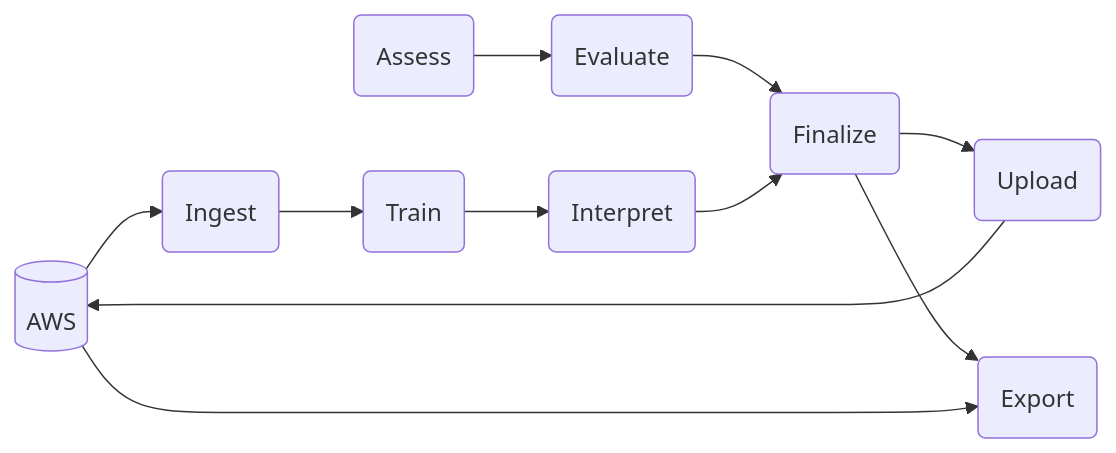
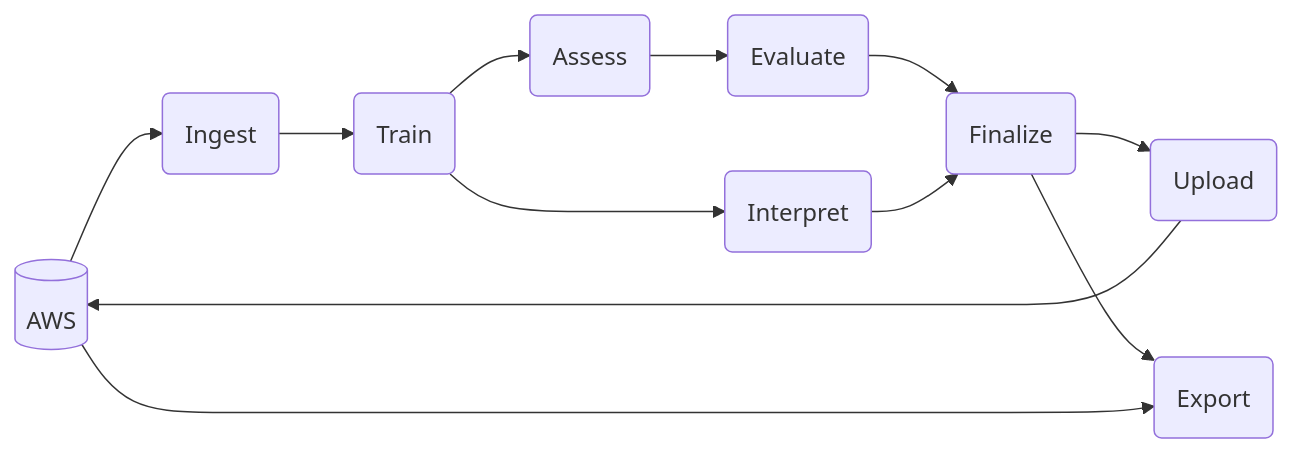
The diagram in README.Rmd (ccao-data/model-res-avm), drawn with Mermaid before and after one commit. The commit also changed other lines of this file and 1 other file, not shown here.

````diff
--- a/README.Rmd
+++ b/README.Rmd
@@ -54,23 +54,24 @@
 ```mermaid
 graph LR
     aws[("AWS")]
     ingest("Ingest")
     train("Train")
     assess("Assess")
     evaluate("Evaluate")
     interpret("Interpret")
     finalize("Finalize")
     upload("Upload")
     export("Export")
 
     ingest --> train
+    train --> assess
     train --> interpret
     assess --> evaluate
     evaluate --> finalize
     interpret --> finalize
     finalize --> upload
     finalize --> export
     upload --> aws
     aws --> ingest
     aws --> export
 ```
````
